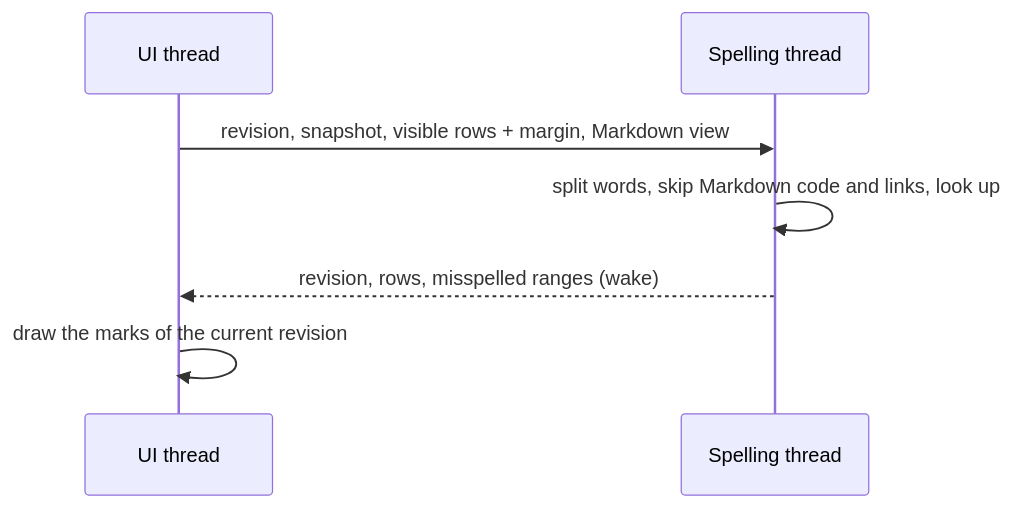
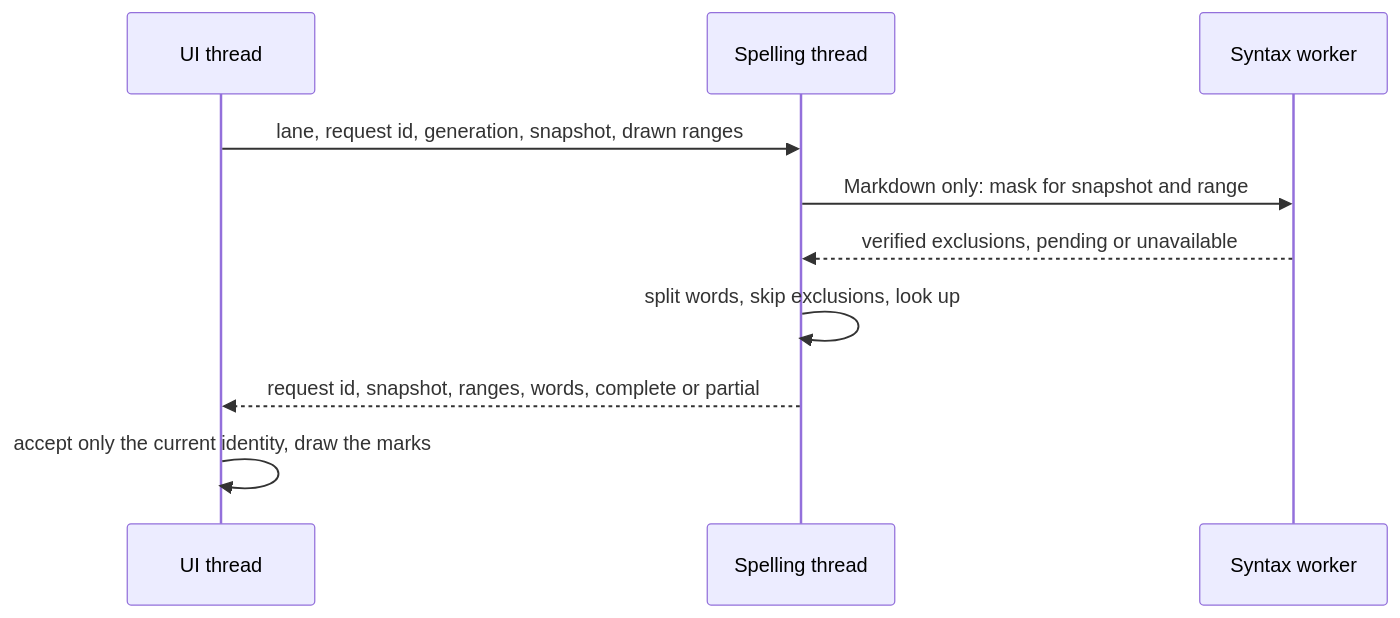
One commit to RoyiAvital/RoyiTextEditor changed the diagram in Plan/Spelling001.md. Above: the diagram before and after it, drawn with Mermaid. The commit also changed other lines of this file and 4 other files, not shown here.

````diff
--- a/Plan/Spelling001.md
+++ b/Plan/Spelling001.md
@@ -95,9 +102,12 @@
 ```mermaid
 sequenceDiagram
     participant UI as UI thread
     participant Spell as Spelling thread
-    UI->>Spell: revision, snapshot, visible rows + margin, Markdown view
-    Spell->>Spell: split words, skip Markdown code and links, look up
-    Spell-->>UI: revision, rows, misspelled ranges (wake)
-    UI->>UI: draw the marks of the current revision
+    participant Syntax as Syntax worker
+    UI->>Spell: lane, request id, generation, snapshot, drawn ranges
+    Spell->>Syntax: Markdown only: mask for snapshot and range
+    Syntax-->>Spell: verified exclusions, pending or unavailable
+    Spell->>Spell: split words, skip exclusions, look up
+    Spell-->>UI: request id, snapshot, ranges, words, complete or partial
+    UI->>UI: accept only the current identity, draw the marks
 ```
````
